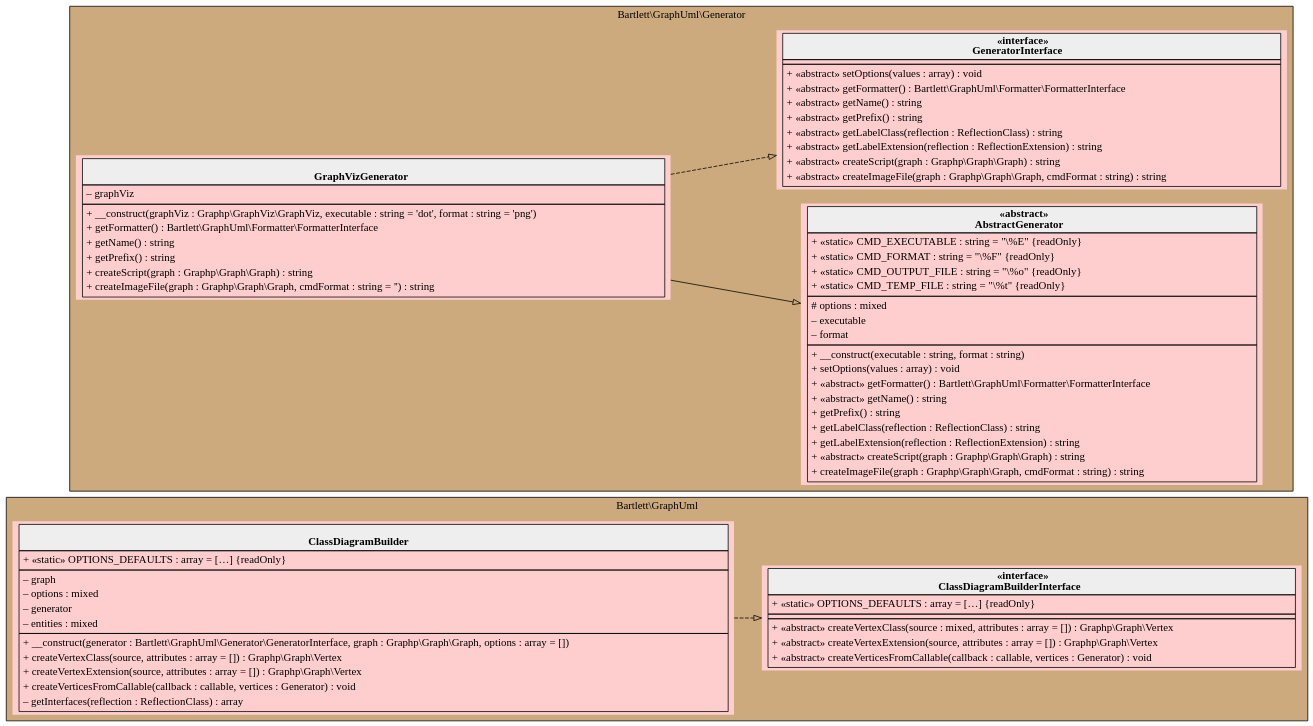
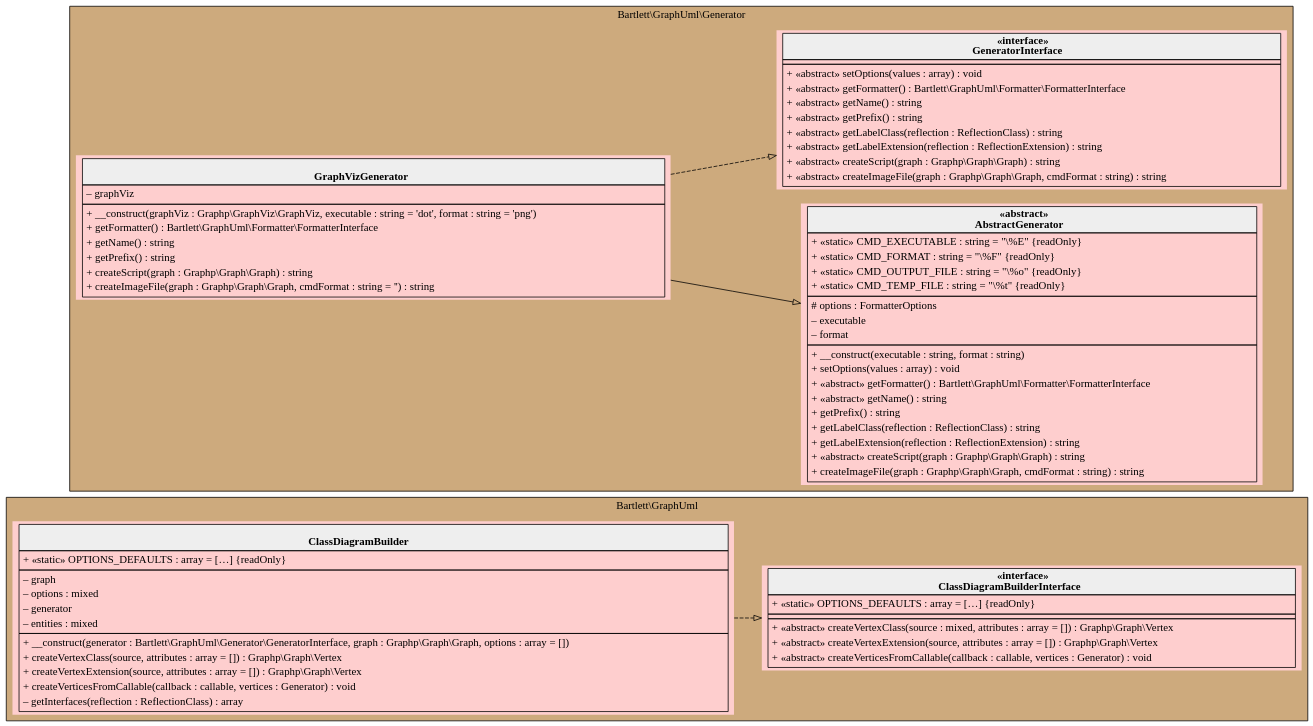
The diagram in 1.6/assets/images/multiple-classes.html.gv (llaville/graph-uml), drawn with Graphviz before and after one commit. The commit also changed 6 other files, not shown here.

```diff
--- a/1.6/assets/images/multiple-classes.html.gv
+++ b/1.6/assets/images/multiple-classes.html.gv
@@ -1,104 +1,104 @@
 digraph {
   graph [rankdir="LR" bgcolor="transparent"]
   node [fillcolor="#FECECE" style="filled"]
   subgraph cluster_0 {
     graph [bgcolor="burlywood3"]
     label = "Bartlett\\GraphUml"
     "Bartlett\\GraphUml\\ClassDiagramBuilder" [shape="none" label=<
 <table cellspacing="0" border="0" cellborder="1">
     <tr><td bgcolor="#eeeeee"><b><br/>ClassDiagramBuilder</b></td></tr>
     <tr><td><table border="0" cellspacing="0" cellpadding="2">
     <tr><td align="left">+ «static» OPTIONS_DEFAULTS : array = […] {readOnly}</td></tr>
 </table></td></tr>
     <tr><td><table border="0" cellspacing="0" cellpadding="2">
     <tr><td align="left">– graph</td></tr>
     <tr><td align="left">– options : mixed</td></tr>
     <tr><td align="left">– generator</td></tr>
     <tr><td align="left">– entities : mixed</td></tr>
 </table></td></tr>
     <tr><td><table border="0" cellspacing="0" cellpadding="2">
     <tr><td align="left">+ __construct(generator : Bartlett\\GraphUml\\Generator\\GeneratorInterface, graph : Graphp\\Graph\\Graph, options : array = [])</td></tr>
     <tr><td align="left">+ createVertexClass(source, attributes : array = []) : Graphp\\Graph\\Vertex</td></tr>
     <tr><td align="left">+ createVertexExtension(source, attributes : array = []) : Graphp\\Graph\\Vertex</td></tr>
     <tr><td align="left">+ createVerticesFromCallable(callback : callable, vertices : Generator) : void</td></tr>
     <tr><td align="left">– getInterfaces(reflection : ReflectionClass) : array</td></tr>
 </table></td></tr>
 </table>>]
     "Bartlett\\GraphUml\\ClassDiagramBuilderInterface" [shape="none" label=<
 <table cellspacing="0" border="0" cellborder="1">
     <tr><td bgcolor="#eeeeee"><b>«interface»<br/>ClassDiagramBuilderInterface</b></td></tr>
     <tr><td><table border="0" cellspacing="0" cellpadding="2">
     <tr><td align="left">+ «static» OPTIONS_DEFAULTS : array = […] {readOnly}</td></tr>
 </table></td></tr>
     <tr><td></td></tr>
     <tr><td><table border="0" cellspacing="0" cellpadding="2">
     <tr><td align="left">+ «abstract» createVertexClass(source : mixed, attributes : array = []) : Graphp\\Graph\\Vertex</td></tr>
     <tr><td align="left">+ «abstract» createVertexExtension(source, attributes : array = []) : Graphp\\Graph\\Vertex</td></tr>
     <tr><td align="left">+ «abstract» createVerticesFromCallable(callback : callable, vertices : Generator) : void</td></tr>
 </table></td></tr>
 </table>>]
   }
   subgraph cluster_1 {
     graph [bgcolor="burlywood3"]
     label = "Bartlett\\GraphUml\\Generator"
     "Bartlett\\GraphUml\\Generator\\GraphVizGenerator" [shape="none" label=<
 <table cellspacing="0" border="0" cellborder="1">
     <tr><td bgcolor="#eeeeee"><b><br/>GraphVizGenerator</b></td></tr>
     <tr><td><table border="0" cellspacing="0" cellpadding="2">
     <tr><td align="left">– graphViz</td></tr>
 </table></td></tr>
     <tr><td><table border="0" cellspacing="0" cellpadding="2">
     <tr><td align="left">+ __construct(graphViz : Graphp\\GraphViz\\GraphViz, executable : string = 'dot', format : string = 'png')</td></tr>
     <tr><td align="left">+ getFormatter() : Bartlett\\GraphUml\\Formatter\\FormatterInterface</td></tr>
     <tr><td align="left">+ getName() : string</td></tr>
     <tr><td align="left">+ getPrefix() : string</td></tr>
     <tr><td align="left">+ createScript(graph : Graphp\\Graph\\Graph) : string</td></tr>
     <tr><td align="left">+ createImageFile(graph : Graphp\\Graph\\Graph, cmdFormat : string = '') : string</td></tr>
 </table></td></tr>
 </table>>]
     "Bartlett\\GraphUml\\Generator\\AbstractGenerator" [shape="none" label=<
 <table cellspacing="0" border="0" cellborder="1">
     <tr><td bgcolor="#eeeeee"><b>«abstract»<br/>AbstractGenerator</b></td></tr>
     <tr><td><table border="0" cellspacing="0" cellpadding="2">
     <tr><td align="left">+ «static» CMD_EXECUTABLE : string = "\%E" {readOnly}</td></tr>
     <tr><td align="left">+ «static» CMD_FORMAT : string = "\%F" {readOnly}</td></tr>
     <tr><td align="left">+ «static» CMD_OUTPUT_FILE : string = "\%o" {readOnly}</td></tr>
     <tr><td align="left">+ «static» CMD_TEMP_FILE : string = "\%t" {readOnly}</td></tr>
 </table></td></tr>
     <tr><td><table border="0" cellspacing="0" cellpadding="2">
-    <tr><td align="left"># options : mixed</td></tr>
+    <tr><td align="left"># options : FormatterOptions</td></tr>
     <tr><td align="left">– executable</td></tr>
     <tr><td align="left">– format</td></tr>
 </table></td></tr>
     <tr><td><table border="0" cellspacing="0" cellpadding="2">
     <tr><td align="left">+ __construct(executable : string, format : string)</td></tr>
     <tr><td align="left">+ setOptions(values : array) : void</td></tr>
     <tr><td align="left">+ «abstract» getFormatter() : Bartlett\\GraphUml\\Formatter\\FormatterInterface</td></tr>
     <tr><td align="left">+ «abstract» getName() : string</td></tr>
     <tr><td align="left">+ getPrefix() : string</td></tr>
     <tr><td align="left">+ getLabelClass(reflection : ReflectionClass) : string</td></tr>
     <tr><td align="left">+ getLabelExtension(reflection : ReflectionExtension) : string</td></tr>
     <tr><td align="left">+ «abstract» createScript(graph : Graphp\\Graph\\Graph) : string</td></tr>
     <tr><td align="left">+ createImageFile(graph : Graphp\\Graph\\Graph, cmdFormat : string) : string</td></tr>
 </table></td></tr>
 </table>>]
     "Bartlett\\GraphUml\\Generator\\GeneratorInterface" [shape="none" label=<
 <table cellspacing="0" border="0" cellborder="1">
     <tr><td bgcolor="#eeeeee"><b>«interface»<br/>GeneratorInterface</b></td></tr>
     <tr><td></td></tr>
     <tr><td><table border="0" cellspacing="0" cellpadding="2">
     <tr><td align="left">+ «abstract» setOptions(values : array) : void</td></tr>
     <tr><td align="left">+ «abstract» getFormatter() : Bartlett\\GraphUml\\Formatter\\FormatterInterface</td></tr>
     <tr><td align="left">+ «abstract» getName() : string</td></tr>
     <tr><td align="left">+ «abstract» getPrefix() : string</td></tr>
     <tr><td align="left">+ «abstract» getLabelClass(reflection : ReflectionClass) : string</td></tr>
     <tr><td align="left">+ «abstract» getLabelExtension(reflection : ReflectionExtension) : string</td></tr>
     <tr><td align="left">+ «abstract» createScript(graph : Graphp\\Graph\\Graph) : string</td></tr>
     <tr><td align="left">+ «abstract» createImageFile(graph : Graphp\\Graph\\Graph, cmdFormat : string) : string</td></tr>
 </table></td></tr>
 </table>>]
   }
   "Bartlett\\GraphUml\\ClassDiagramBuilder" -> "Bartlett\\GraphUml\\ClassDiagramBuilderInterface" [arrowhead="empty" style="dashed"]
   "Bartlett\\GraphUml\\Generator\\GraphVizGenerator" -> "Bartlett\\GraphUml\\Generator\\AbstractGenerator" [arrowhead="empty" style="filled"]
   "Bartlett\\GraphUml\\Generator\\GraphVizGenerator" -> "Bartlett\\GraphUml\\Generator\\GeneratorInterface" [arrowhead="empty" style="dashed"]
 }
```
